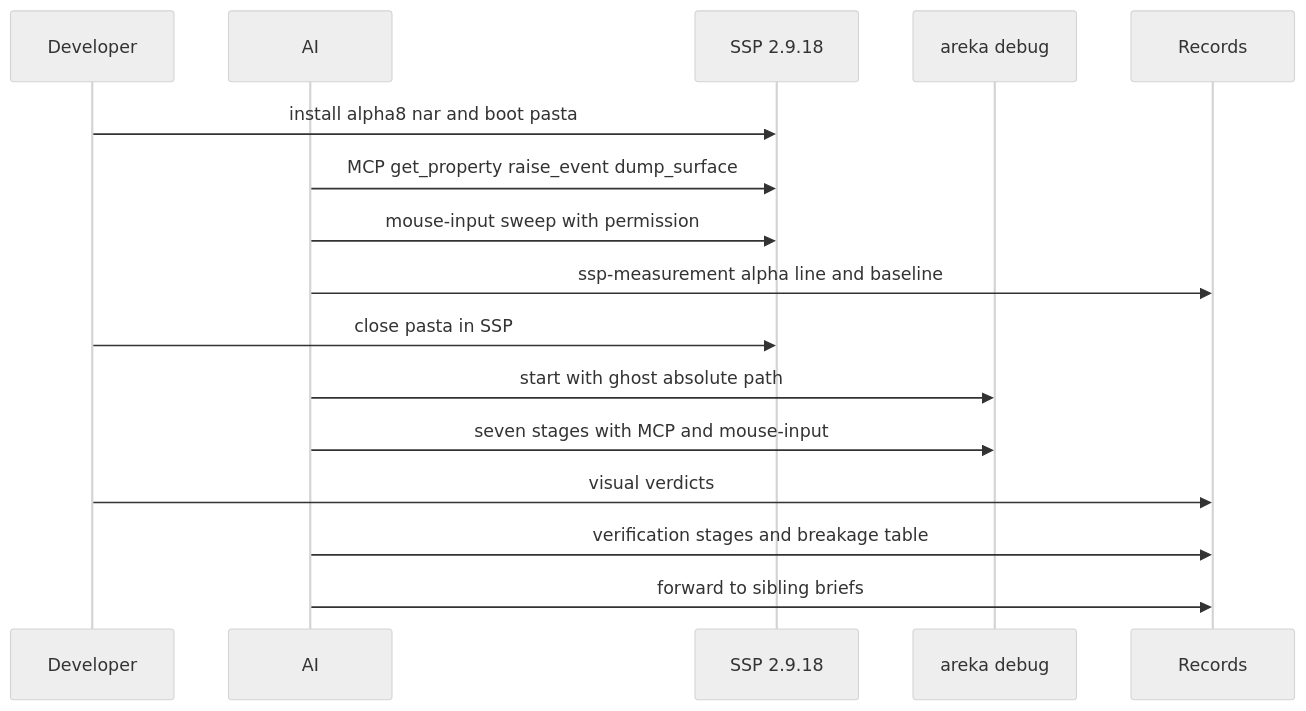
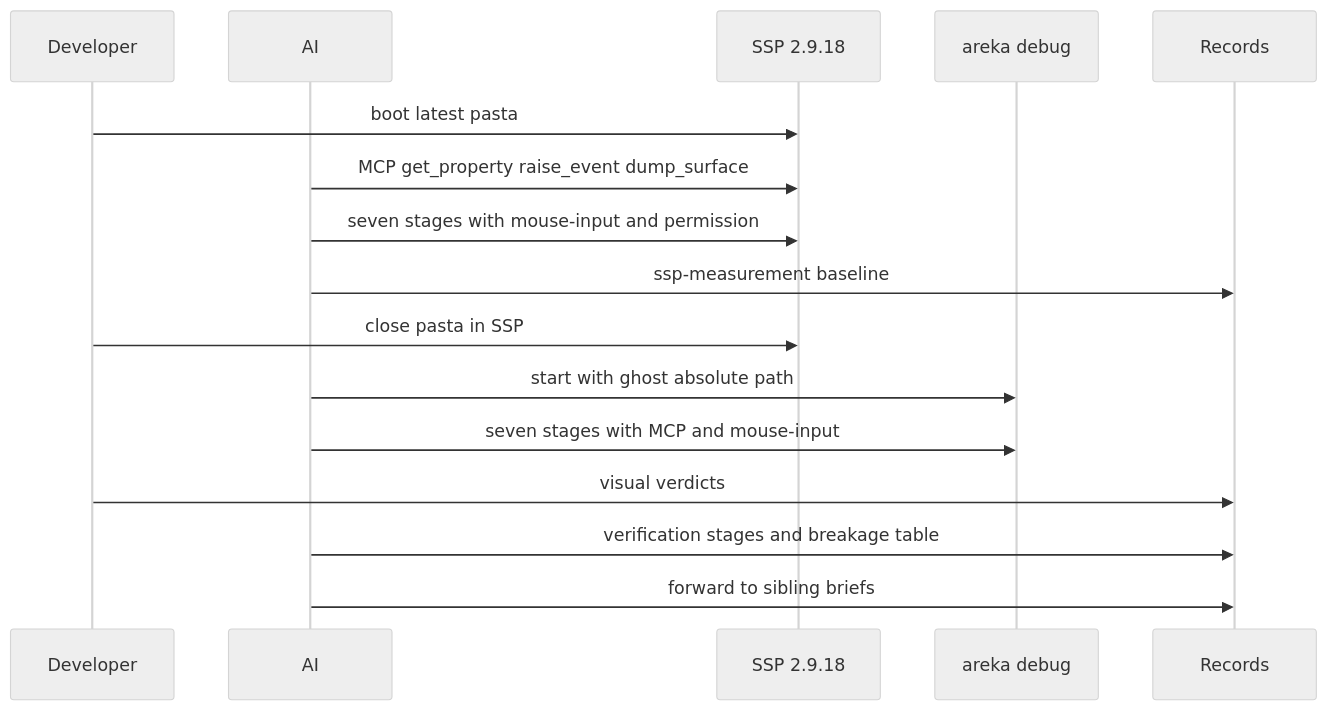
The second of 2 diagrams in .kiro/specs/areka-P0-pasta-in-windows-verification/design.md (ekicyou/areka), drawn with Mermaid (neutral theme) before and after one commit. The commit also changed other lines of this file and 2 other files, not shown here.

Commit message:
docs(areka-P0-pasta-in-windows-verification): resolve design discussion #1 - α の当たりは 0.5 以上のまま SSP に合わせず、α の測りを外す

````diff
--- a/.kiro/specs/areka-P0-pasta-in-windows-verification/design.md
+++ b/.kiro/specs/areka-P0-pasta-in-windows-verification/design.md
@@ -166,18 +157,18 @@
 ```mermaid
 sequenceDiagram
     participant Dev as Developer
     participant AI as AI
     participant SSP as SSP 2.9.18
     participant Areka as areka debug
     participant Rec as Records
-    Dev->>SSP: install alpha8 nar and boot pasta
+    Dev->>SSP: boot latest pasta
     AI->>SSP: MCP get_property raise_event dump_surface
-    AI->>SSP: mouse-input sweep with permission
-    AI->>Rec: ssp-measurement alpha line and baseline
+    AI->>SSP: seven stages with mouse-input and permission
+    AI->>Rec: ssp-measurement baseline
     Dev->>SSP: close pasta in SSP
     AI->>Areka: start with ghost absolute path
     AI->>Areka: seven stages with MCP and mouse-input
     Dev->>Rec: visual verdicts
     AI->>Rec: verification stages and breakage table
     AI->>Rec: forward to sibling briefs
 ```
````
